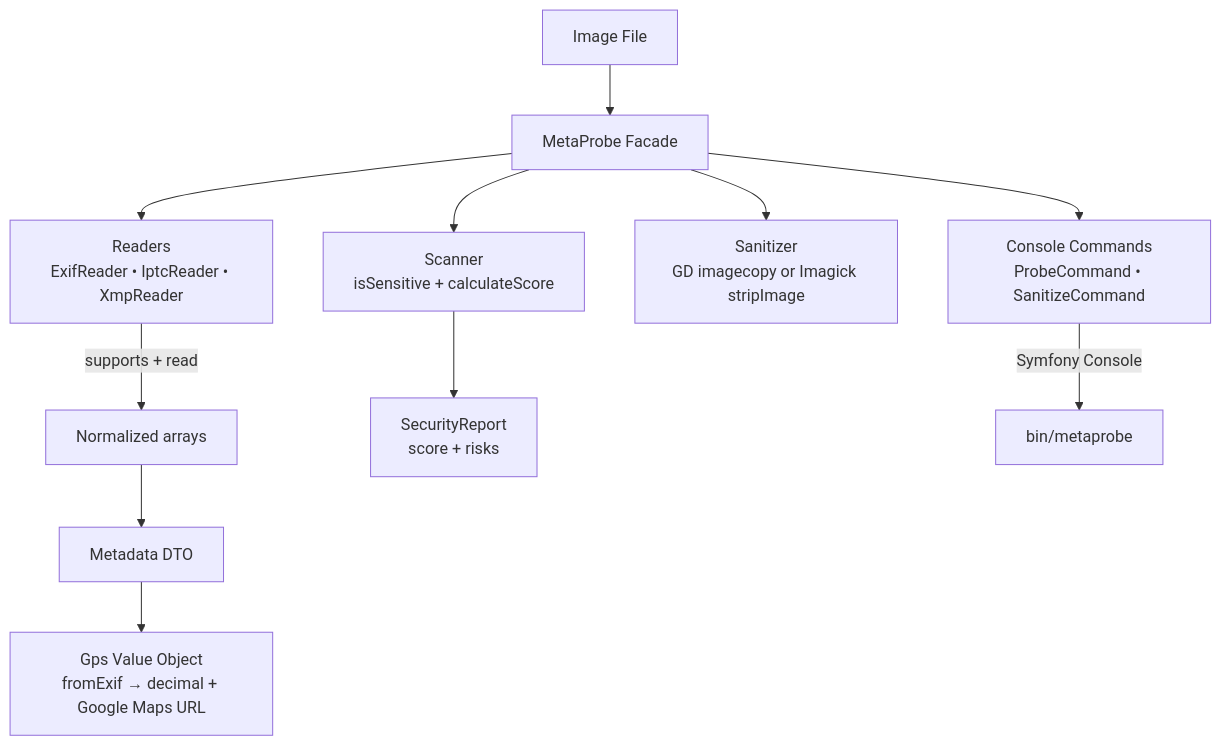
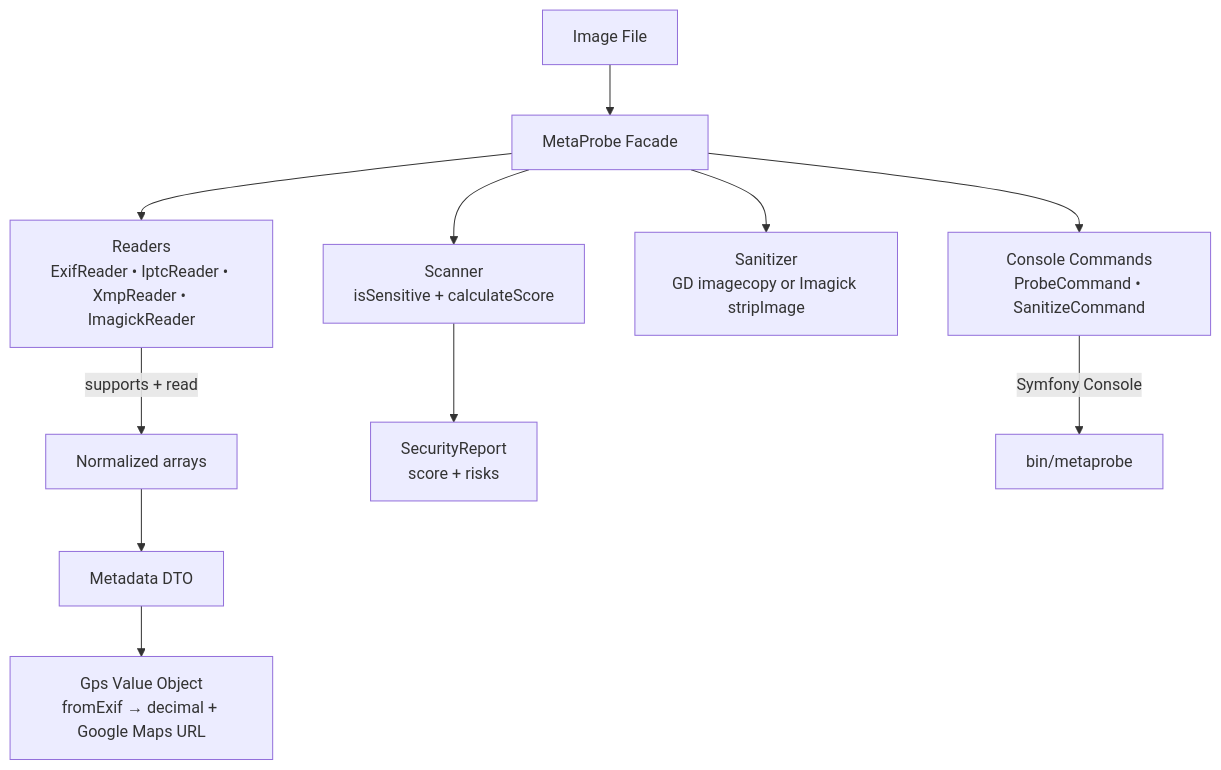
The diagram in README.md (ajendras/metaprobe), drawn with Mermaid before and after one commit. The commit also changed other lines of this file and 6 other files, not shown here.

Commit message:
feat(reader): add WebP, AVIF and HEIC support via ImagickReader

````diff
--- a/README.md
+++ b/README.md
@@ -175,13 +175,13 @@
 ```mermaid
 flowchart TD
     Image[Image File] --> MetaProbe[MetaProbe Facade]
-    MetaProbe --> Readers[Readers<br/>ExifReader • IptcReader • XmpReader]
+    MetaProbe --> Readers[Readers<br/>ExifReader • IptcReader • XmpReader • ImagickReader]
     Readers -->|supports + read| Data[Normalized arrays]
     Data --> Metadata[Metadata DTO]
     Metadata --> Gps[Gps Value Object<br/>fromExif → decimal + Google Maps URL]
     MetaProbe --> Scanner[Scanner<br/>isSensitive + calculateScore]
     Scanner --> Report[SecurityReport<br/>score + risks]
     MetaProbe --> Sanitizer[Sanitizer<br/>GD imagecopy or Imagick stripImage]
     MetaProbe --> Console[Console Commands<br/>ProbeCommand • SanitizeCommand]
     Console -->|Symfony Console| CLI[bin/metaprobe]
 ```
````
